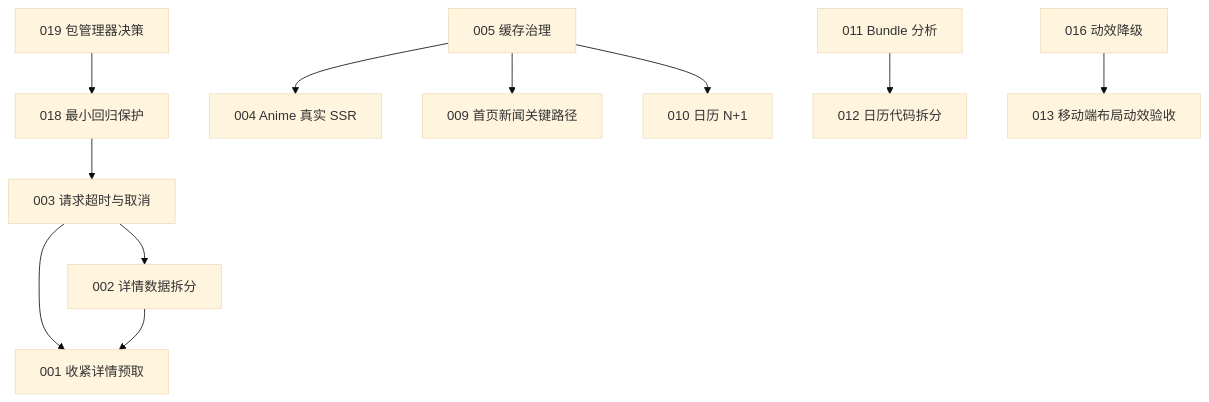
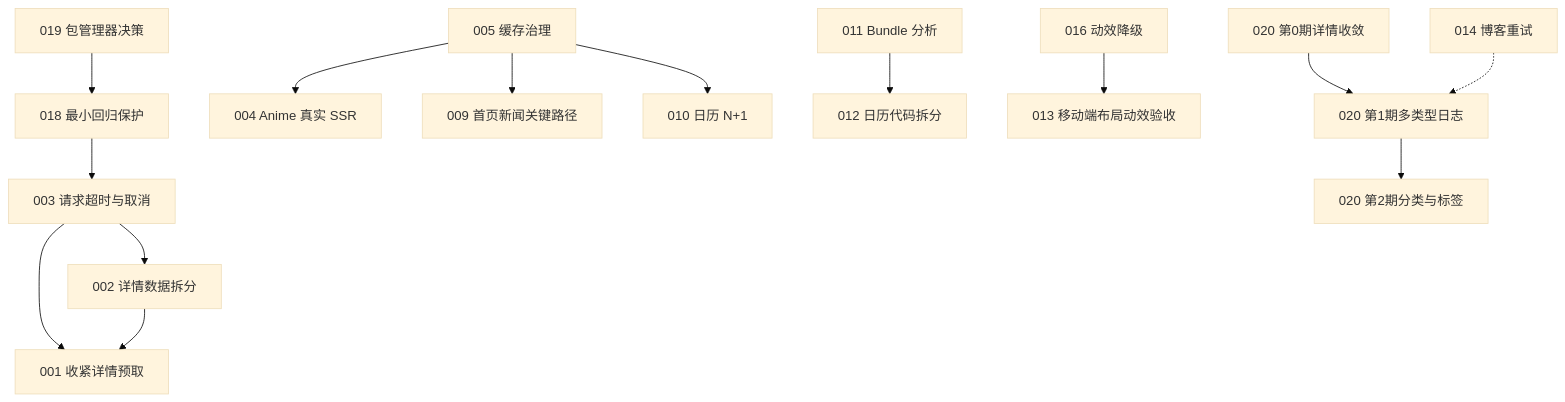
Before and after one commit to yitom486/animate-site: the diagram in docs/planning/README.md, drawn with Mermaid (base theme). The commit also changed other lines of this file and 23 other files, not shown here.

````diff
--- a/docs/planning/README.md
+++ b/docs/planning/README.md
@@ -151,13 +158,16 @@
 ```mermaid
 flowchart TD
     T018[018 最小回归保护] --> N003[003 请求超时与取消]
     N003 --> P001[001 收紧详情预取]
     N003 --> D002[002 详情数据拆分]
     C005[005 缓存治理] --> S004[004 Anime 真实 SSR]
     C005 --> H009[009 首页新闻关键路径]
     C005 --> C010[010 日历 N+1]
     D002 --> P001
     A011[011 Bundle 分析] --> A012[012 日历代码拆分]
     R016[016 动效降级] --> R013[013 移动端布局动效验收]
     M019[019 包管理器决策] --> T018
+    E020a[020 第0期详情收敛] --> E020b[020 第1期多类型日志]
+    E020b --> E020c[020 第2期分类与标签]
+    T014[014 博客重试] -.-> E020b
 ```
````
